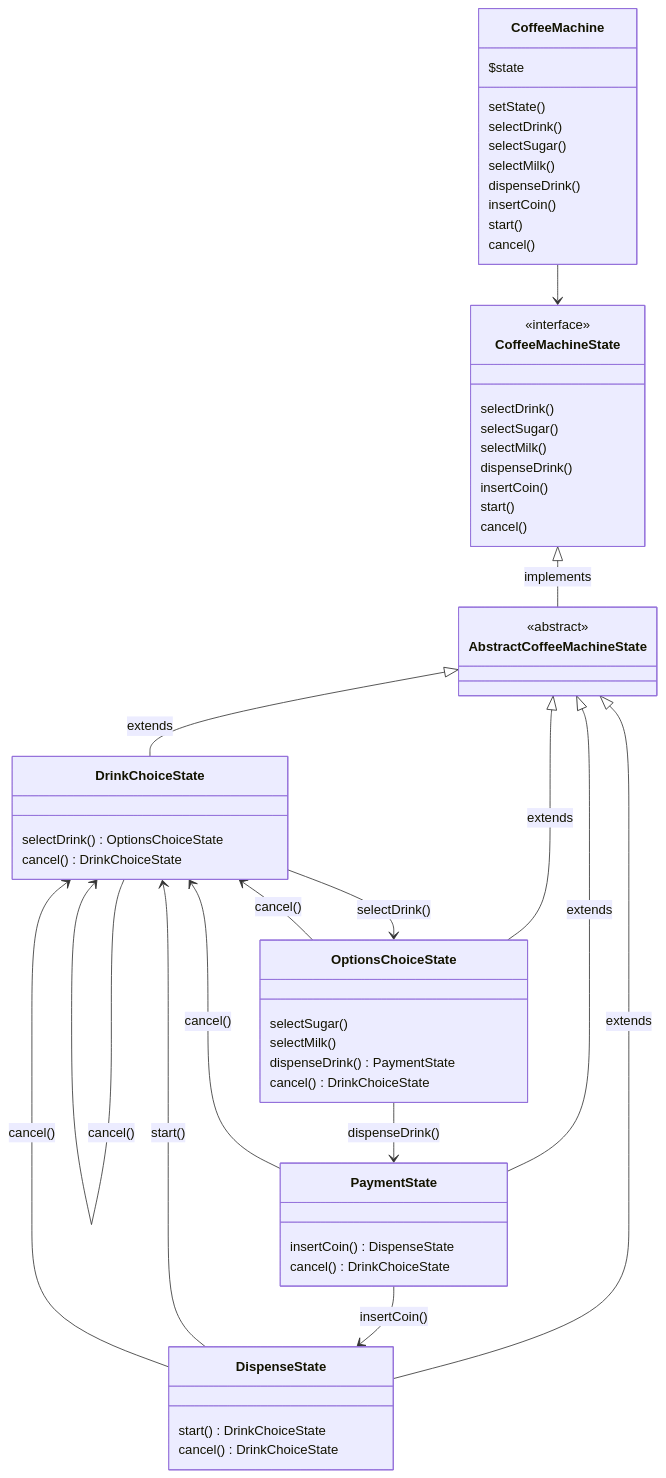
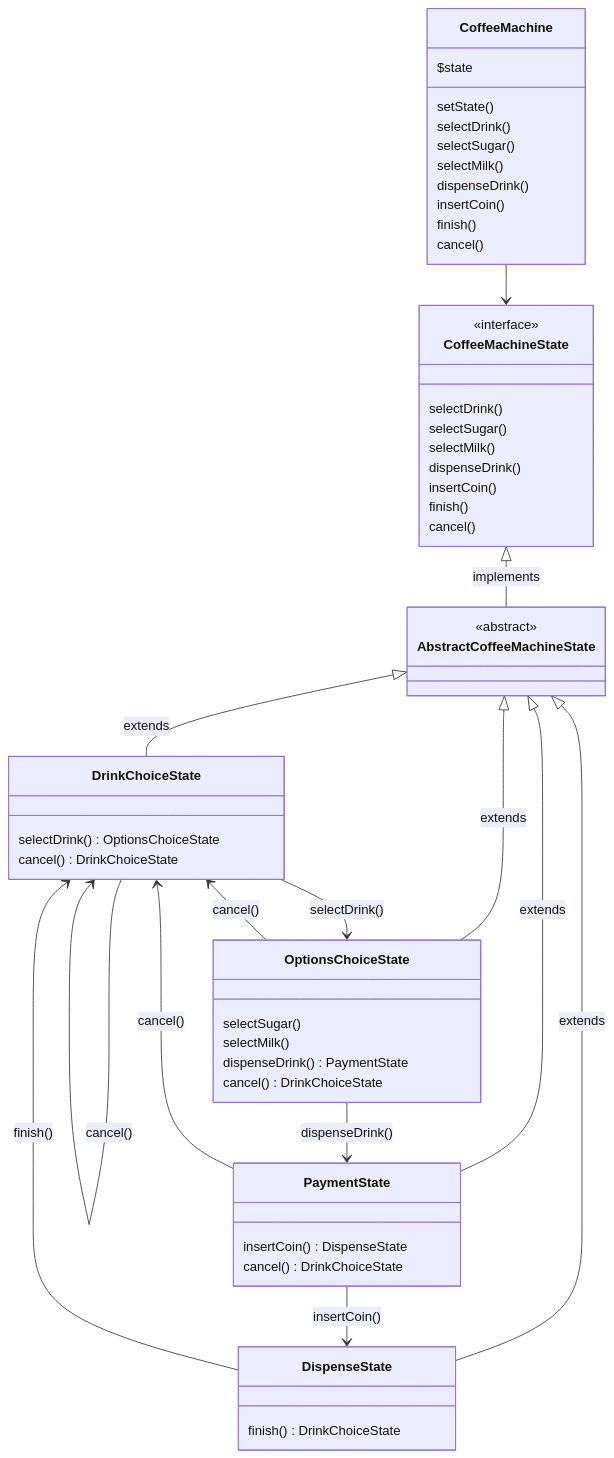
One commit to ValdoTR/coffee-machine changed the diagram in README.md. Above: the diagram before and after it, drawn with Mermaid. The commit also changed other lines of this file and 20 other files, not shown here.

````diff
--- a/README.md
+++ b/README.md
@@ -17,68 +19,66 @@
 ```mermaid
 classDiagram
     class CoffeeMachine {
         $state
         setState()
         selectDrink()
         selectSugar()
         selectMilk()
         dispenseDrink()
         insertCoin()
-        start()
+        finish()
         cancel()
     }
 
     class CoffeeMachineState {
         <<interface>>
         selectDrink()
         selectSugar()
         selectMilk()
         dispenseDrink()
         insertCoin()
-        start()
+        finish()
         cancel()
     }
 
     class AbstractCoffeeMachineState {
         <<abstract>>
     }
 
     class DrinkChoiceState {
         selectDrink() OptionsChoiceState
         cancel() DrinkChoiceState
     }
 
     class OptionsChoiceState {
         selectSugar()
         selectMilk()
         dispenseDrink() PaymentState
         cancel() DrinkChoiceState
     }
 
     class PaymentState {
         insertCoin() DispenseState
         cancel() DrinkChoiceState
     }
 
     class DispenseState {
-        start() DrinkChoiceState
-        cancel() DrinkChoiceState
+        finish() DrinkChoiceState
     }
 
     CoffeeMachine --> CoffeeMachineState
     CoffeeMachineState <|-- AbstractCoffeeMachineState : implements
     AbstractCoffeeMachineState <|-- DrinkChoiceState : extends
     AbstractCoffeeMachineState <|-- OptionsChoiceState : extends
     AbstractCoffeeMachineState <|-- PaymentState : extends
     AbstractCoffeeMachineState <|-- DispenseState : extends
 
     DrinkChoiceState --> OptionsChoiceState : selectDrink()
     OptionsChoiceState --> PaymentState : dispenseDrink()
     PaymentState --> DispenseState : insertCoin()
-    DispenseState --> DrinkChoiceState : start()
+    DispenseState --> DrinkChoiceState : finish()
 
     DrinkChoiceState --> DrinkChoiceState : cancel()
     OptionsChoiceState --> DrinkChoiceState : cancel()
     PaymentState --> DrinkChoiceState : cancel()
-    DispenseState --> DrinkChoiceState : cancel()
 ```
````
